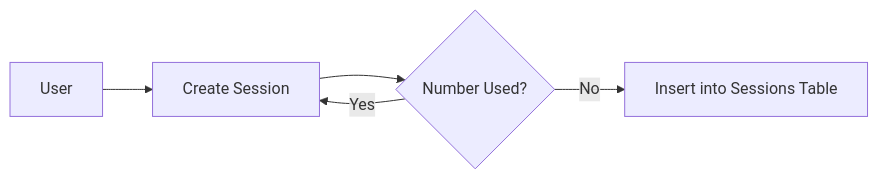
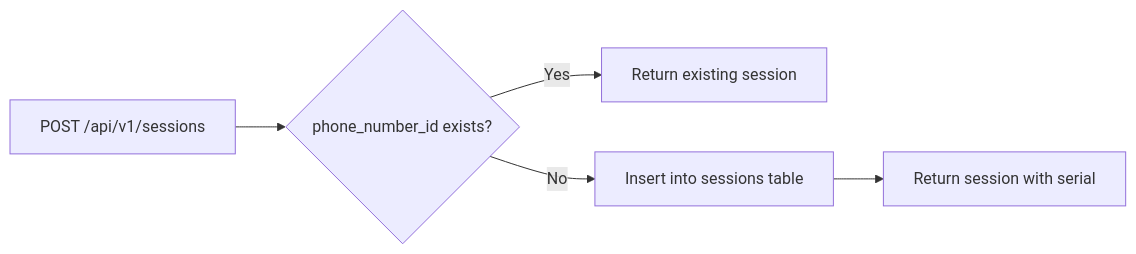
The first of 7 diagrams in docs/flow.md (nexusmsg/nexus-oss), drawn with Mermaid before and after one commit. The commit also changed other lines of this file and 10 other files, not shown here.

Commit message:
docs: update architecture and handoff records

````diff
--- a/docs/flow.md
+++ b/docs/flow.md
@@ -3,9 +8,8 @@
 ```mermaid
 flowchart LR
 
-A[User] --> B[Create Session]
-B --> C{Number Used?}
-
-C -- Yes --> B
-C -- No --> D[Insert into Sessions Table]
+A[POST /api/v1/sessions] --> B{phone_number_id exists?}
+B -- Yes --> C[Return existing session]
+B -- No --> D[Insert into sessions table]
+D --> E[Return session with serial]
 ```
````
